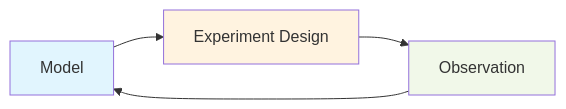
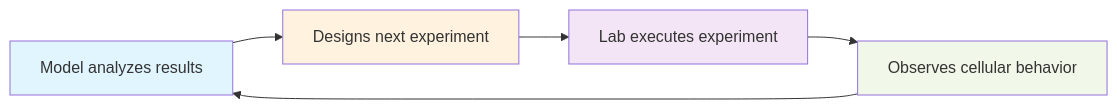
The diagram in README.md (pskeshu/model), drawn with Mermaid before and after one commit. The commit also changed other lines of this file, not shown here.

````diff
--- a/README.md
+++ b/README.md
@@ -28,10 +13,12 @@
 ```mermaid
 graph LR
-    A[Model] --> B[Experiment Design]
-    B --> C[Observation]
-    C --> A
+    A[Model analyzes results] --> B[Designs next experiment]
+    B --> C[Lab executes experiment] 
+    C --> D[Observes cellular behavior]
+    D --> A
     
     style A fill:#e1f5fe
     style B fill:#fff3e0
-    style C fill:#f1f8e9
+    style C fill:#f3e5f5
+    style D fill:#f1f8e9
 ```
````
